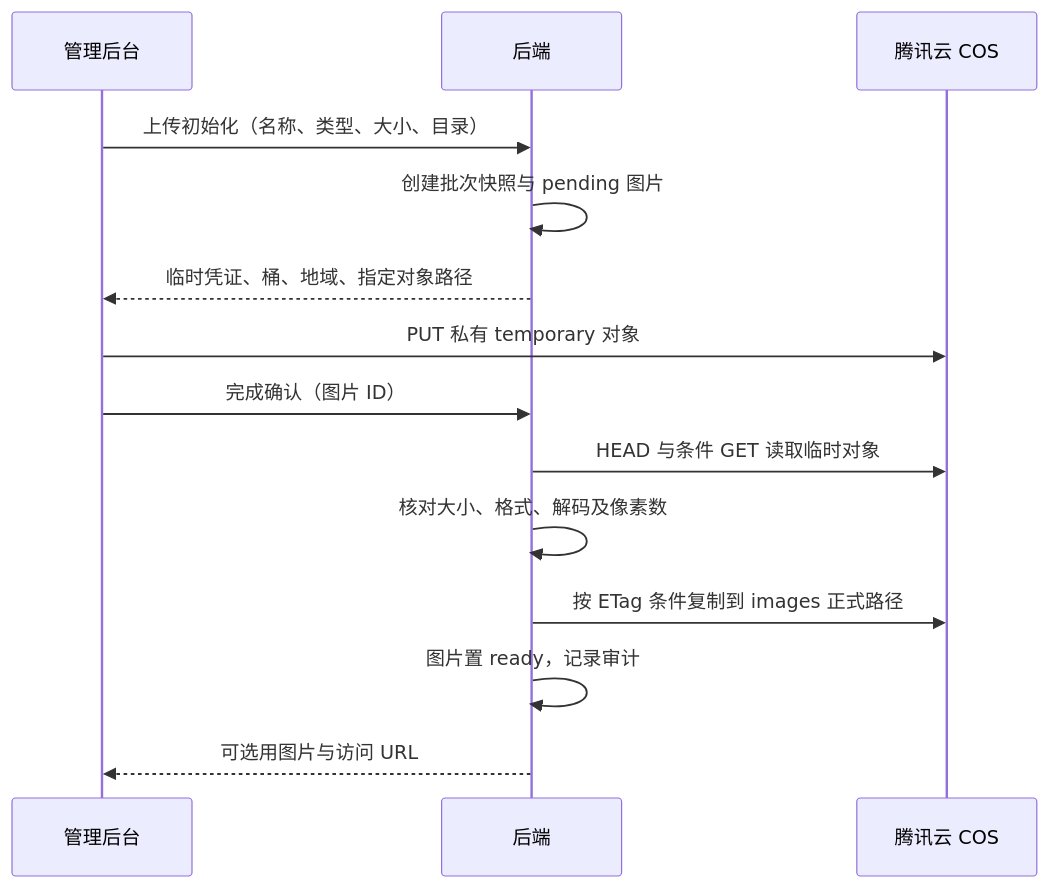
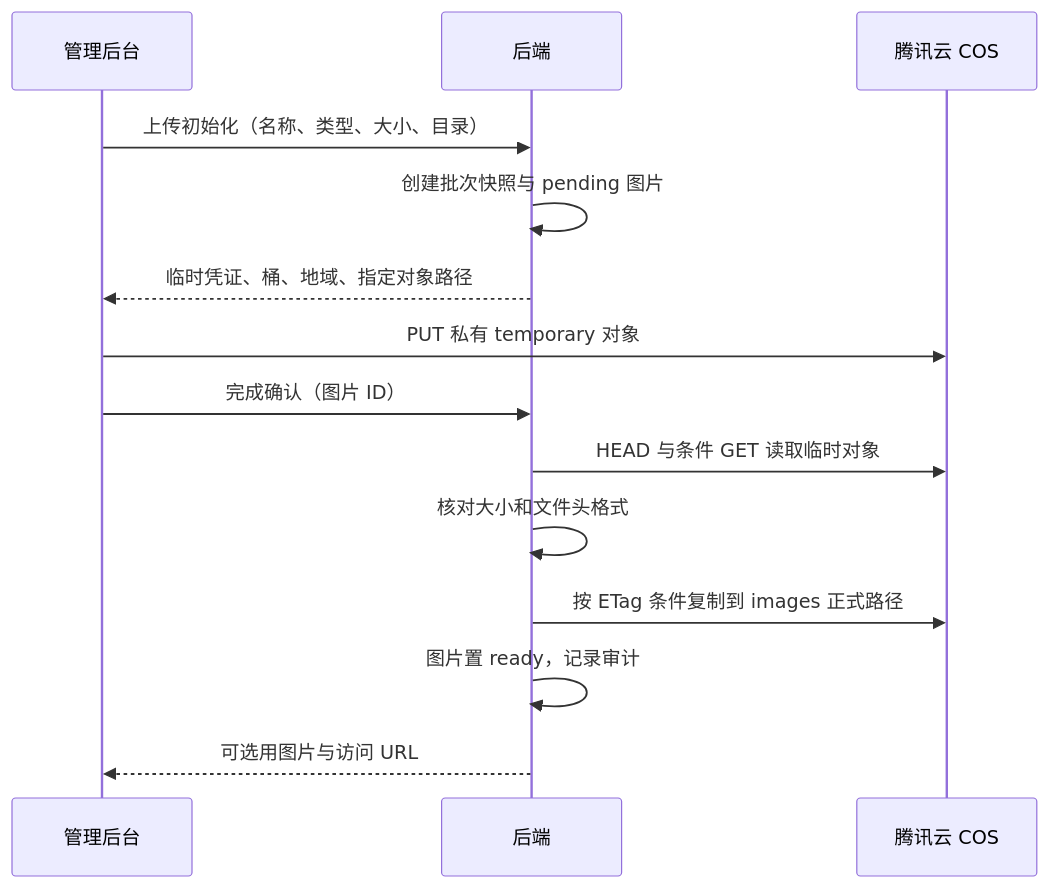
Before and after one commit to gsk2871/shop: the diagram in docs/MEDIA_LIBRARY.md, drawn with Mermaid. The commit also changed other lines of this file and 17 other files, not shown here.

First line of the commit message:
feat(media): 按配置控制图片上传格式并扩展常用格式支持

````diff
--- a/docs/MEDIA_LIBRARY.md
+++ b/docs/MEDIA_LIBRARY.md
@@ -15,16 +15,16 @@
 ```mermaid
 sequenceDiagram
     participant UI as 管理后台
     participant API as 后端
     participant COS as 腾讯云 COS
     UI->>API: 上传初始化（名称、类型、大小、目录）
     API->>API: 创建批次快照与 pending 图片
     API-->>UI: 临时凭证、桶、地域、指定对象路径
     UI->>COS: PUT 私有 temporary 对象
     UI->>API: 完成确认（图片 ID）
     API->>COS: HEAD 与条件 GET 读取临时对象
-    API->>API: 核对大小、格式、解码及像素数
+    API->>API: 核对大小和文件头格式
     API->>COS: 按 ETag 条件复制到 images 正式路径
     API->>API: 图片置 ready，记录审计
     API-->>UI: 可选用图片与访问 URL
 ```
````
